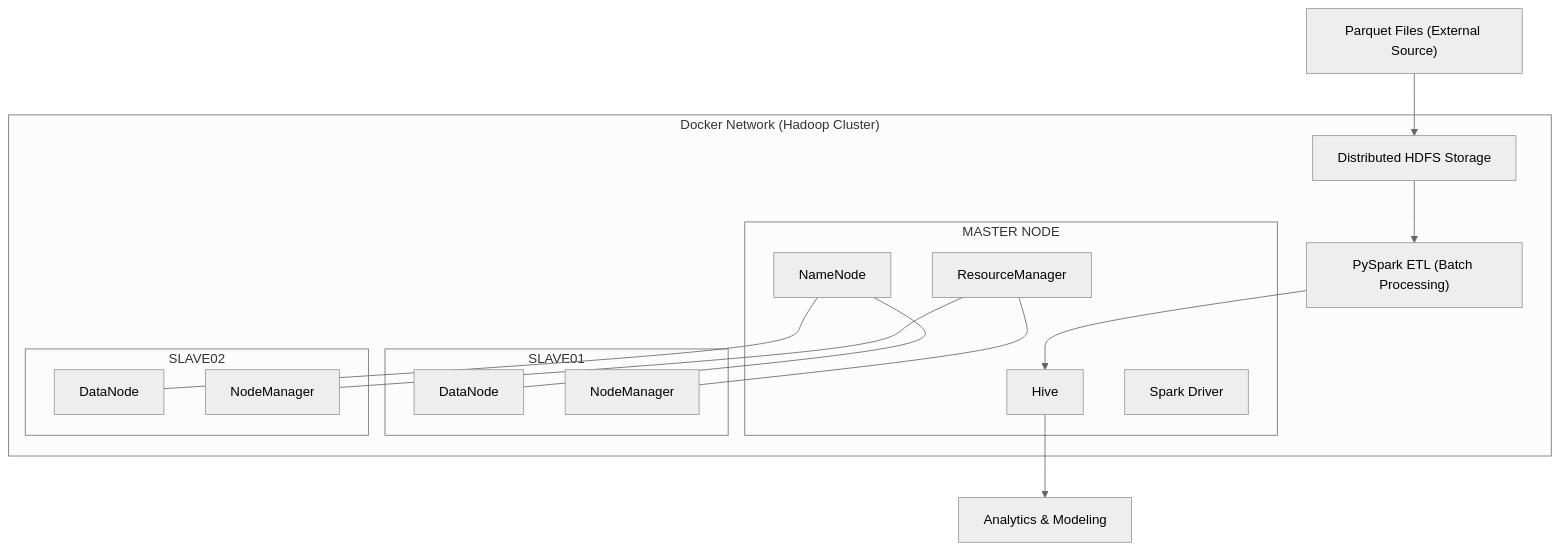
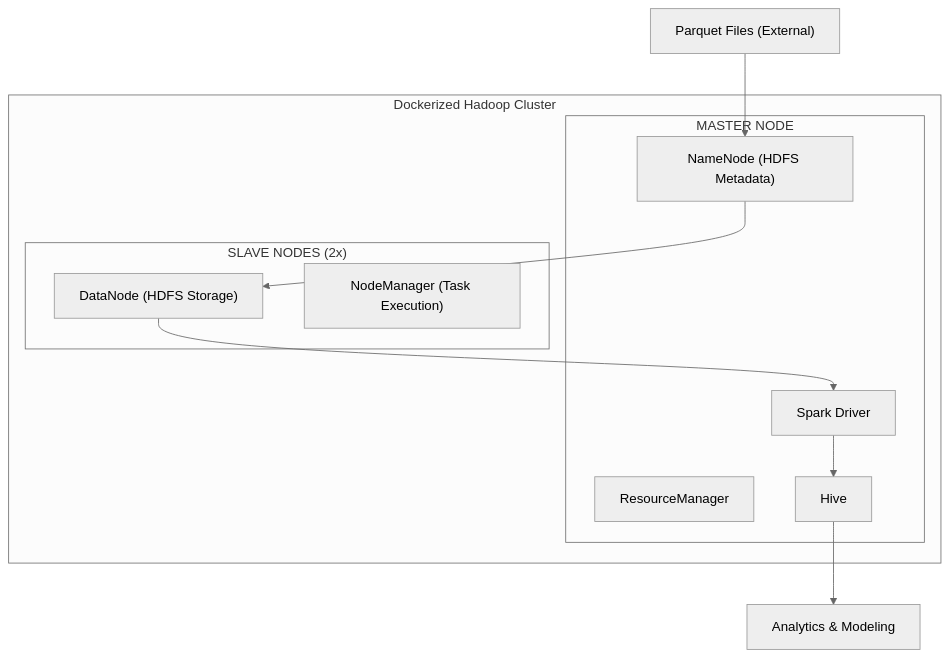
Before and after one commit to ngngocbich/SIC_2025: the diagram in README.md, drawn with Mermaid (neutral theme). The commit also changed other lines of this file, not shown here.

Commit message:
Revise flowchart for Hadoop cluster in README
Updated the flowchart in README.md to enhance clarity and detail about the Hadoop cluster architecture and data flow.

````diff
--- a/README.md
+++ b/README.md
@@ -37,46 +37,30 @@
 ```mermaid
 flowchart TB
 
-    %% External Data Source
-    Parquet["Parquet Files (External Source)"]
+    Source["Parquet Files (External)"]
 
-    %% Docker Network
-    subgraph Docker_Network["Docker Network (Hadoop Cluster)"]
+    subgraph Cluster["Dockerized Hadoop Cluster"]
 
         subgraph Master["MASTER NODE"]
-            NameNode["NameNode"]
+            NameNode["NameNode (HDFS Metadata)"]
             ResourceManager["ResourceManager"]
             Hive["Hive"]
             SparkDriver["Spark Driver"]
         end
 
-        subgraph Slave1["SLAVE01"]
-            DataNode1["DataNode"]
-            NodeManager1["NodeManager"]
+        subgraph Slaves["SLAVE NODES (2x)"]
+            DataNode["DataNode (HDFS Storage)"]
+            NodeManager["NodeManager (Task Execution)"]
         end
-
-        subgraph Slave2["SLAVE02"]
-            DataNode2["DataNode"]
-            NodeManager2["NodeManager"]
-        end
-
-        %% Distributed Storage
-        HDFS["Distributed HDFS Storage"]
-
-        %% Processing Layer
-        Spark["PySpark ETL (Batch Processing)"]
 
     end
 
+    Analytics["Analytics & Modeling"]
+
     %% Data Flow
-    Parquet --> HDFS
-    HDFS --> Spark
-    Spark --> Hive
-    Hive --> Analytics["Analytics & Modeling"]
-
-    %% Cluster Connections
-    NameNode --- DataNode1
-    NameNode --- DataNode2
-    ResourceManager --- NodeManager1
-    ResourceManager --- NodeManager2
+    Source --> NameNode
+    NameNode --> DataNode
+    DataNode --> SparkDriver
+    SparkDriver --> Hive
+    Hive --> Analytics
 ```
````
